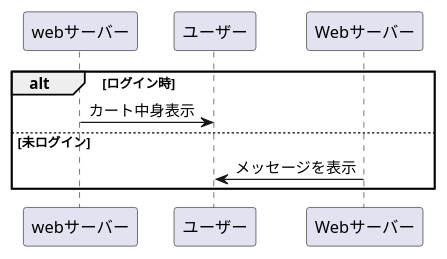
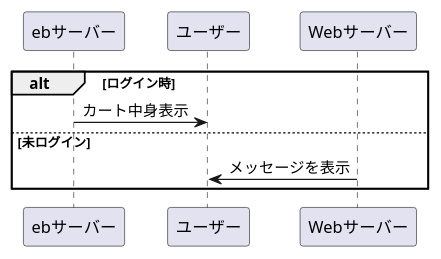
The diagram in sample2.md (Aso2001409/2021sys-design), drawn with PlantUML before and after one commit.

````diff
--- a/sample2.md
+++ b/sample2.md
@@ -2,13 +2,13 @@
 ```uml
 @startuml
 
 
 alt ログイン時
-webサーバー -> ユーザー :カート中身表示
+ebサーバー -> ユーザー :カート中身表示
 
 else 未ログイン
 Webサーバー -> ユーザー :メッセージを表示
 
 end
 @enduml
 ```
````
